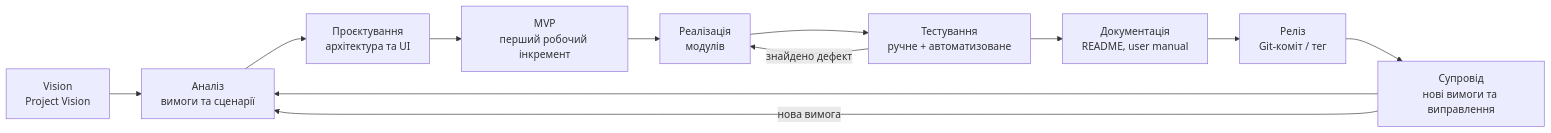
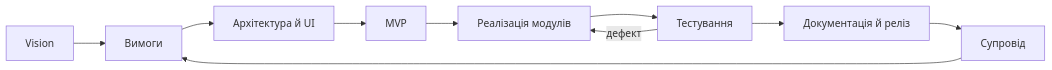
One commit to asdjfhaisufheirufiaref/omnify changed the first of 3 diagrams in ПРАКТИЧНІ_РОБОТИ.md. Above: the diagram before and after it, drawn with Mermaid. The commit also changed other lines of this file, not shown here.

````diff
--- a/ПРАКТИЧНІ_РОБОТИ.md
+++ b/ПРАКТИЧНІ_РОБОТИ.md
@@ -349,14 +66,12 @@
 ```mermaid
 flowchart LR
-    A[Vision<br/>Project Vision] --> B[Аналіз<br/>вимоги та сценарії]
-    B --> C[Проєктування<br/>архітектура та UI]
-    C --> D[MVP<br/>перший робочий інкремент]
-    D --> E[Реалізація<br/>модулів]
-    E --> F[Тестування<br/>ручне + автоматизоване]
-    F --> G[Документація<br/>README, user manual]
-    G --> H[Реліз<br/>Git-коміт / тег]
-    H --> I[Супровід<br/>нові вимоги та виправлення]
-    I --> B
-    F -->|знайдено дефект| E
-    I -->|нова вимога| B
+    A[Vision] --> B[Вимоги]
+    B --> C[Архітектура й UI]
+    C --> D[MVP]
+    D --> E[Реалізація модулів]
+    E --> F[Тестування]
+    F --> G[Документація й реліз]
+    G --> H[Супровід]
+    H --> B
+    F -->|дефект| E
 ```
````
